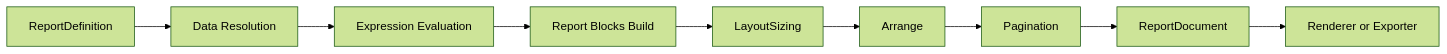
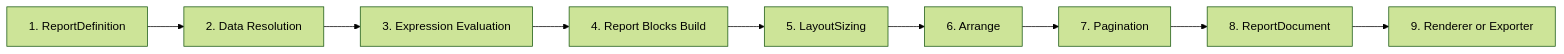
One commit to Netcodr81/kinetic-reports changed the diagram in docs/README.md. Above: the diagram before and after it, drawn with Mermaid (forest theme). The commit also changed 1 other file, not shown here.

Commit message:
refactor: Update report generation flow documentation with numbered steps for clarity

````diff
--- a/docs/README.md
+++ b/docs/README.md
@@ -48,11 +48,11 @@
 ```mermaid
 flowchart LR
-	A[ReportDefinition] --> B[Data Resolution]
-	B --> C[Expression Evaluation]
-	C --> D[Report Blocks Build]
-	D --> E[LayoutSizing]
-	E --> F[Arrange]
-	F --> G[Pagination]
-	G --> H[ReportDocument]
-	H --> I[Renderer or Exporter]
+	A[1. ReportDefinition] --> B[2. Data Resolution]
+	B --> C[3. Expression Evaluation]
+	C --> D[4. Report Blocks Build]
+	D --> E[5. LayoutSizing]
+	E --> F[6. Arrange]
+	F --> G[7. Pagination]
+	G --> H[8. ReportDocument]
+	H --> I[9. Renderer or Exporter]
 ```
````
